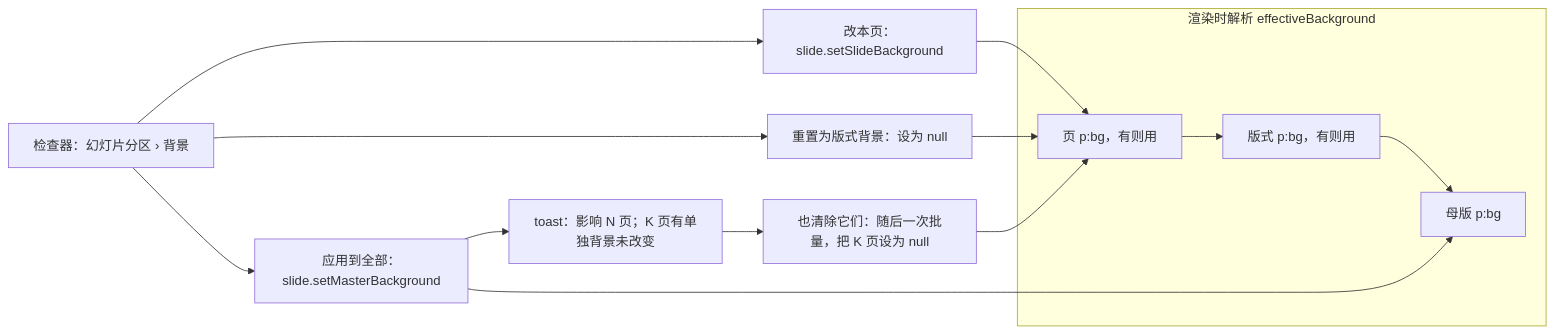
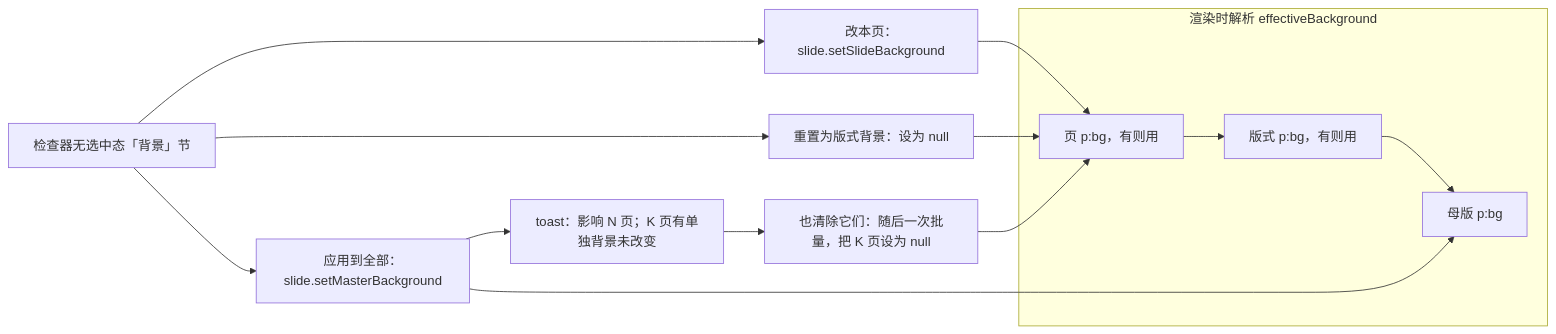
Before and after one commit to Xeonice/cordis-ppt-editor: the eighth of 11 diagrams in docs/50-frontend/21-elements-structure.md, drawn with Mermaid. The commit also changed other lines of this file and 25 other files, not shown here.

````diff
--- a/docs/50-frontend/21-elements-structure.md
+++ b/docs/50-frontend/21-elements-structure.md
@@ -329,15 +329,15 @@
 ```mermaid
 flowchart LR
   subgraph resolve["渲染时解析 effectiveBackground"]
     s["页 p:bg，有则用"] --> l["版式 p:bg，有则用"] --> m["母版 p:bg"]
   end
-  panel["检查器：幻灯片分区 › 背景"] --> one["改本页：slide.setSlideBackground"]
+  panel["检查器无选中态「背景」节"] --> one["改本页：slide.setSlideBackground"]
   panel --> reset["重置为版式背景：设为 null"]
   panel --> all["应用到全部：slide.setMasterBackground"]
   one --> s
   reset --> s
   all --> m
   all --> toast["toast：影响 N 页；K 页有单独背景未改变"]
   toast --> clear["也清除它们：随后一次批量，把 K 页设为 null"]
   clear --> s
 ```
````
